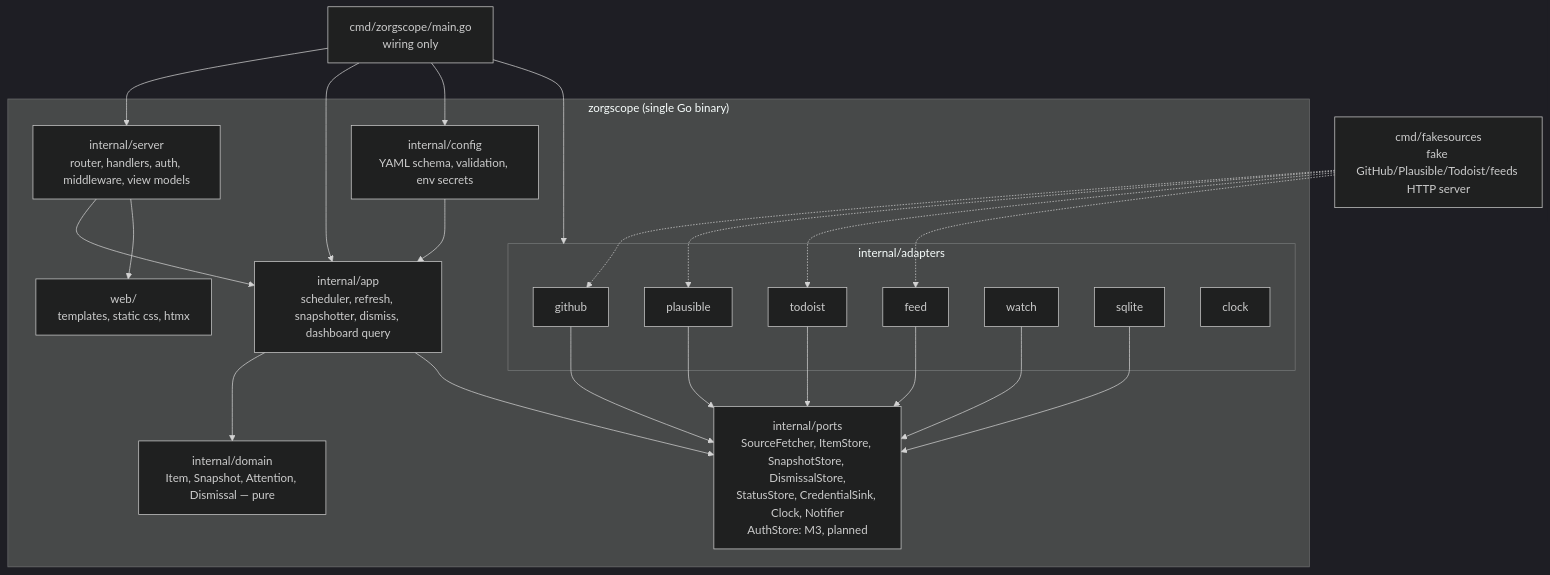
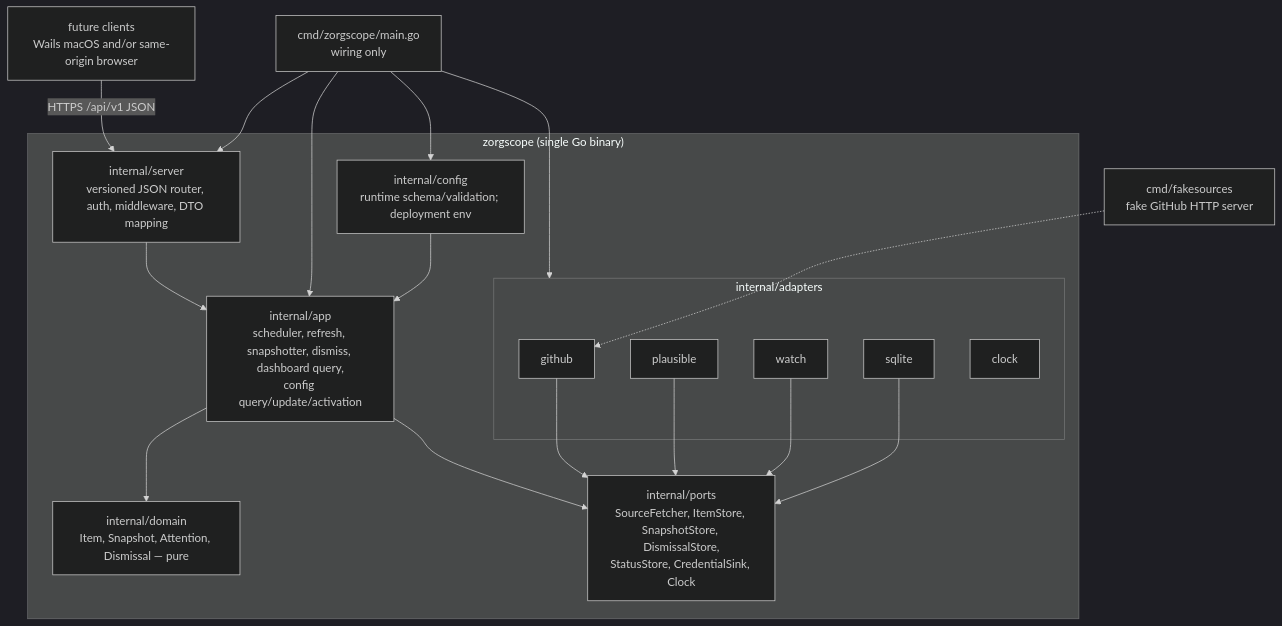
Before and after one commit to gernotstarke/zorgscope: the diagram in docs/architecture/05-building-block-view.md, drawn with Mermaid (dark theme). The commit also changed other lines of this file and 79 other files, not shown here.

````diff
--- a/docs/architecture/05-building-block-view.md
+++ b/docs/architecture/05-building-block-view.md
@@ -5,28 +5,25 @@
 ```mermaid
 flowchart TB
     subgraph zorgscope["zorgscope (single Go binary)"]
-        HTTP[internal/server<br/>router, handlers, auth, middleware, view models]
-        APP[internal/app<br/>scheduler, refresh, snapshotter, dismiss, dashboard query]
+        HTTP[internal/server<br/>versioned JSON router, auth, middleware, DTO mapping]
+        APP[internal/app<br/>scheduler, refresh, snapshotter, dismiss, dashboard query,<br/>config query/update/activation]
         DOM[internal/domain<br/>Item, Snapshot, Attention, Dismissal — pure]
-        PORTS[internal/ports<br/>SourceFetcher, ItemStore, SnapshotStore, DismissalStore,<br/>StatusStore, CredentialSink, Clock, Notifier<br/>AuthStore: M3, planned]
-        CFG[internal/config<br/>YAML schema, validation, env secrets]
+        PORTS[internal/ports<br/>SourceFetcher, ItemStore, SnapshotStore, DismissalStore,<br/>StatusStore, CredentialSink, Clock]
+        CFG[internal/config<br/>runtime schema/validation; deployment env]
         subgraph adapters["internal/adapters"]
             GH[github]
             PL[plausible]
-            TD[todoist]
-            FD[feed]
             WT[watch]
             SQ[sqlite]
             CLK[clock]
         end
-        WEB[web/<br/>templates, static css, htmx]
     end
     HTTP --> APP --> DOM
     APP --> PORTS
-    HTTP --> WEB
-    GH & PL & TD & FD & WT --> PORTS
+    GH & PL & WT --> PORTS
     SQ --> PORTS
     CFG --> APP
     MAIN[cmd/zorgscope/main.go<br/>wiring only] --> HTTP & APP & CFG & adapters
-    FAKE[cmd/fakesources<br/>fake GitHub/Plausible/Todoist/feeds HTTP server] -.-> GH & PL & TD & FD
+    FAKE[cmd/fakesources<br/>fake GitHub HTTP server] -.-> GH
+    CLIENTS[future clients<br/>Wails macOS and/or same-origin browser] -->|HTTPS /api/v1 JSON| HTTP
 ```
````
